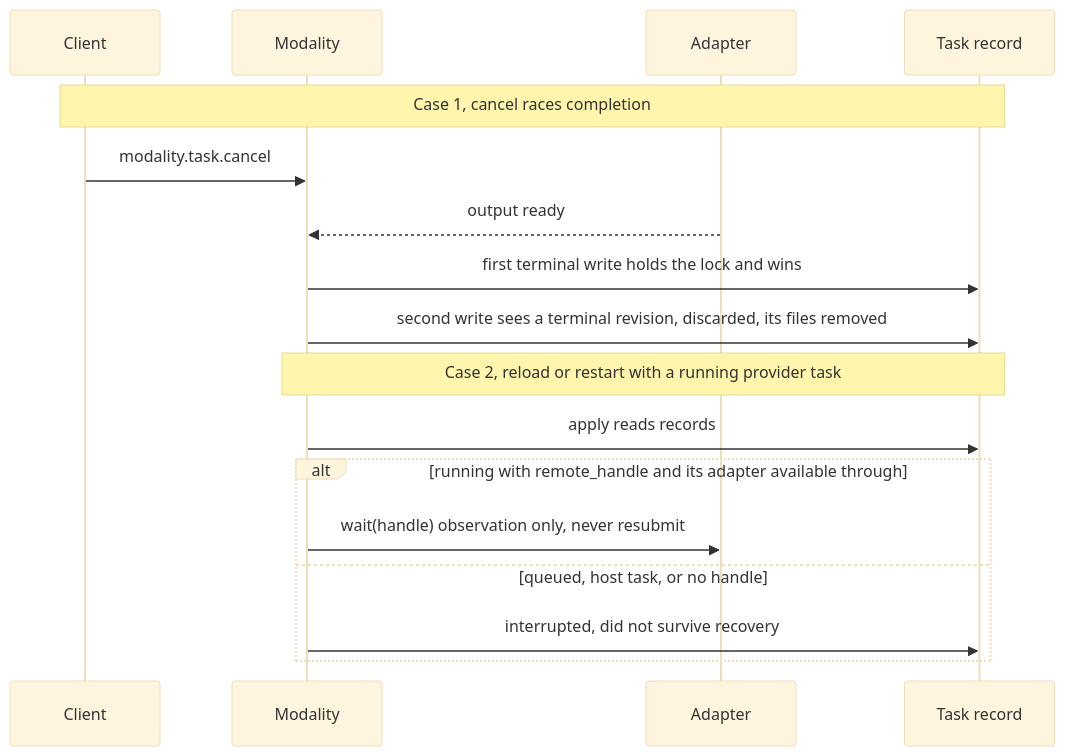
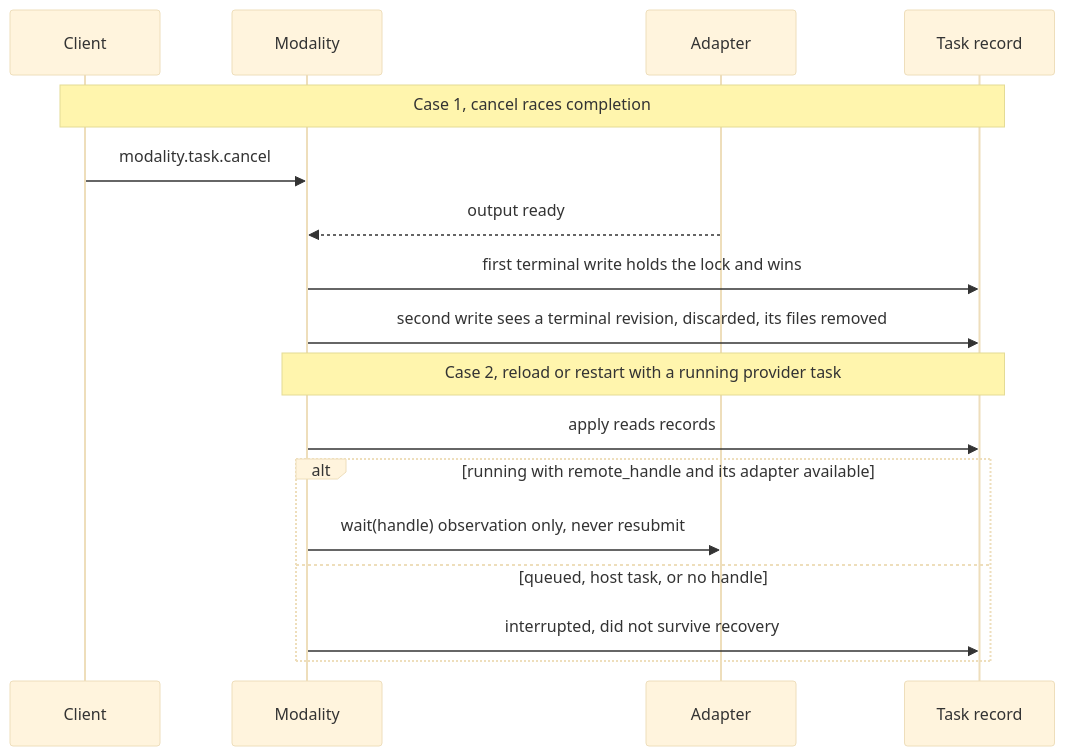
One commit to CoutinhoTTS/dim-agent changed the sixth of 6 diagrams in docs/design/plugins/Modality.md. Above: the diagram before and after it, drawn with Mermaid (base theme). The commit also changed other lines of this file and 1 other file, not shown here.

First line of the commit message:
docs(modality): state the adapter lookup as target behavior (#737)

````diff
--- a/docs/design/plugins/Modality.md
+++ b/docs/design/plugins/Modality.md
@@ -177,19 +177,19 @@
 ```mermaid
 sequenceDiagram
   participant C as Client
   participant D as Modality
   participant A as Adapter
   participant S as Task record
   Note over C,S: Case 1, cancel races completion
   C->>D: modality.task.cancel
   A-->>D: output ready
   D->>S: first terminal write holds the lock and wins
   D->>S: second write sees a terminal revision, discarded, its files removed
   Note over D,S: Case 2, reload or restart with a running provider task
   D->>S: apply reads records
-  alt running with remote_handle and its adapter available through #40
+  alt running with remote_handle and its adapter available
     D->>A: wait(handle) observation only, never resubmit
   else queued, host task, or no handle
     D->>S: interrupted, did not survive recovery
   end
 ```
````
